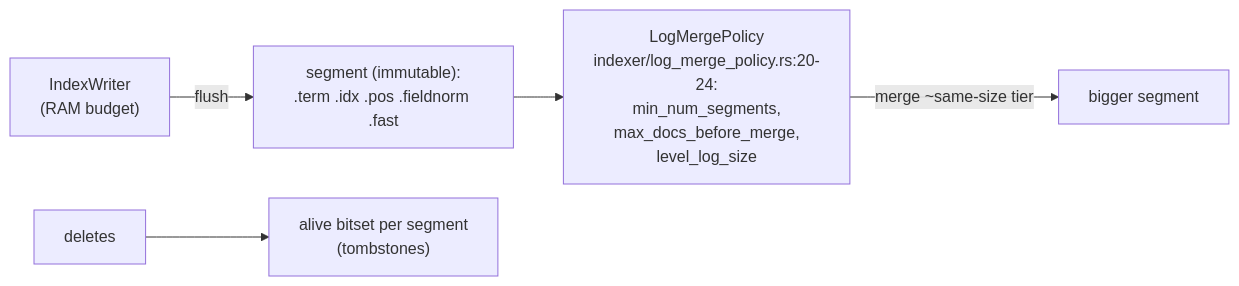
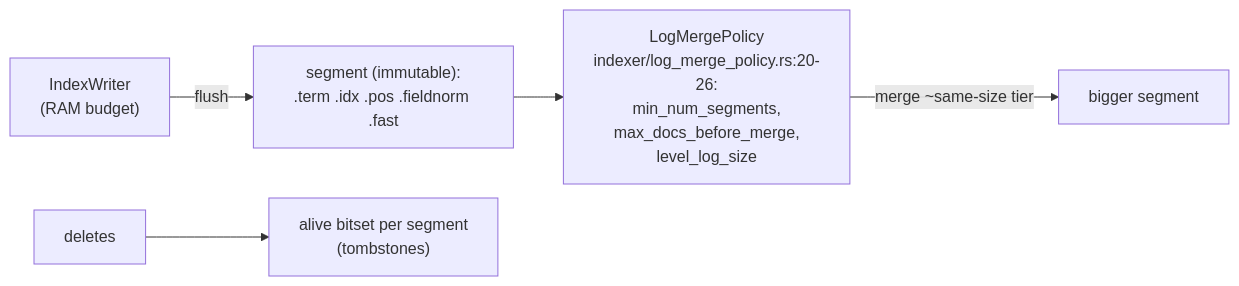
One commit to AviAvni/database-learning-path changed the diagram in topics/23-fulltext/reading-tantivy.md. Above: the diagram before and after it, drawn with Mermaid. The commit also changed other lines of this file and 7 other files, not shown here.

````diff
--- a/topics/23-fulltext/reading-tantivy.md
+++ b/topics/23-fulltext/reading-tantivy.md
@@ -118,7 +165,7 @@
 ```mermaid
 graph LR
     A["IndexWriter<br/>(RAM budget)"] -->|flush| S1["segment (immutable):<br/>.term .idx .pos .fieldnorm .fast"]
-    S1 --> MP["LogMergePolicy<br/>indexer/log_merge_policy.rs:20-24:<br/>min_num_segments,<br/>max_docs_before_merge,<br/>level_log_size"]
+    S1 --> MP["LogMergePolicy<br/>indexer/log_merge_policy.rs:20-26:<br/>min_num_segments,<br/>max_docs_before_merge,<br/>level_log_size"]
     MP -->|merge ~same-size tier| S2["bigger segment"]
     D["deletes"] --> DB["alive bitset per segment<br/>(tombstones)"]
 ```
````
